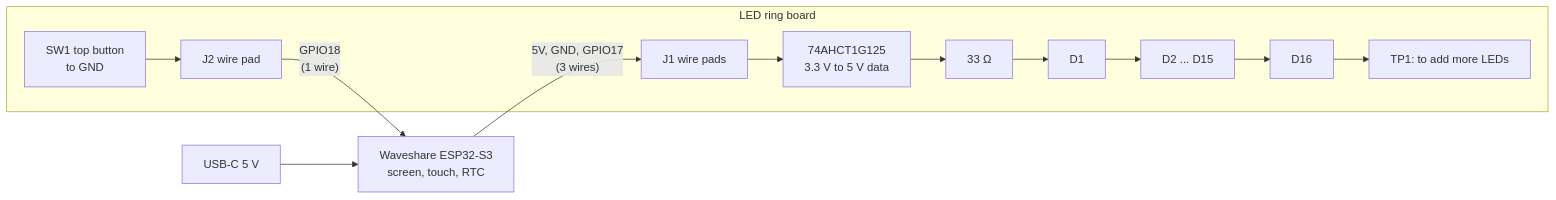
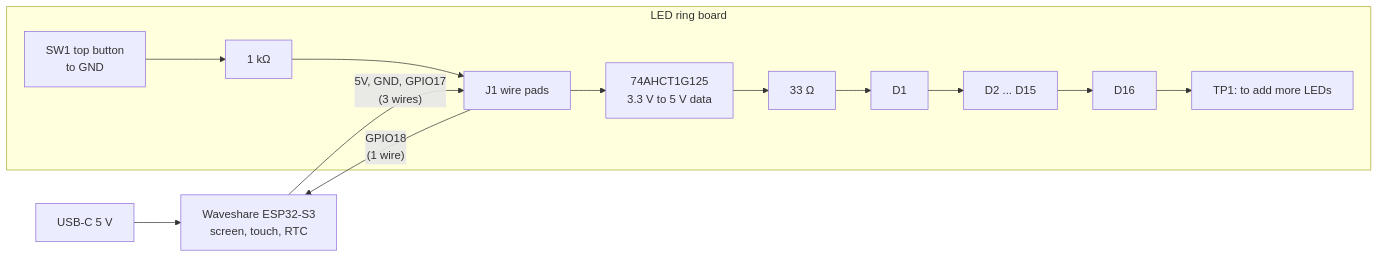
Before and after one commit to vancityactivist/bzzy: the diagram in hardware/README.md, drawn with Mermaid. The commit also changed other lines of this file and 21 other files, not shown here.

````diff
--- a/hardware/README.md
+++ b/hardware/README.md
@@ -34,11 +34,11 @@
 ```mermaid
 flowchart LR
   USB[USB-C 5 V] --> WS[Waveshare ESP32-S3<br/>screen, touch, RTC]
   WS -- "5V, GND, GPIO17<br/>(3 wires)" --> J1[J1 wire pads]
-  J2[J2 wire pad] -- "GPIO18<br/>(1 wire)" --> WS
+  J1 -- "GPIO18<br/>(1 wire)" --> WS
   subgraph ring [LED ring board]
     J1 --> U1[74AHCT1G125<br/>3.3 V to 5 V data]
     U1 --> R2[33 Ω] --> D1[D1] --> D2[D2 ... D15] --> D16[D16] --> TP1[TP1: to add more LEDs]
-    SW1[SW1 top button<br/>to GND] --> J2
+    SW1[SW1 top button<br/>to GND] --> R3[1 kΩ] --> J1
   end
 ```
````
